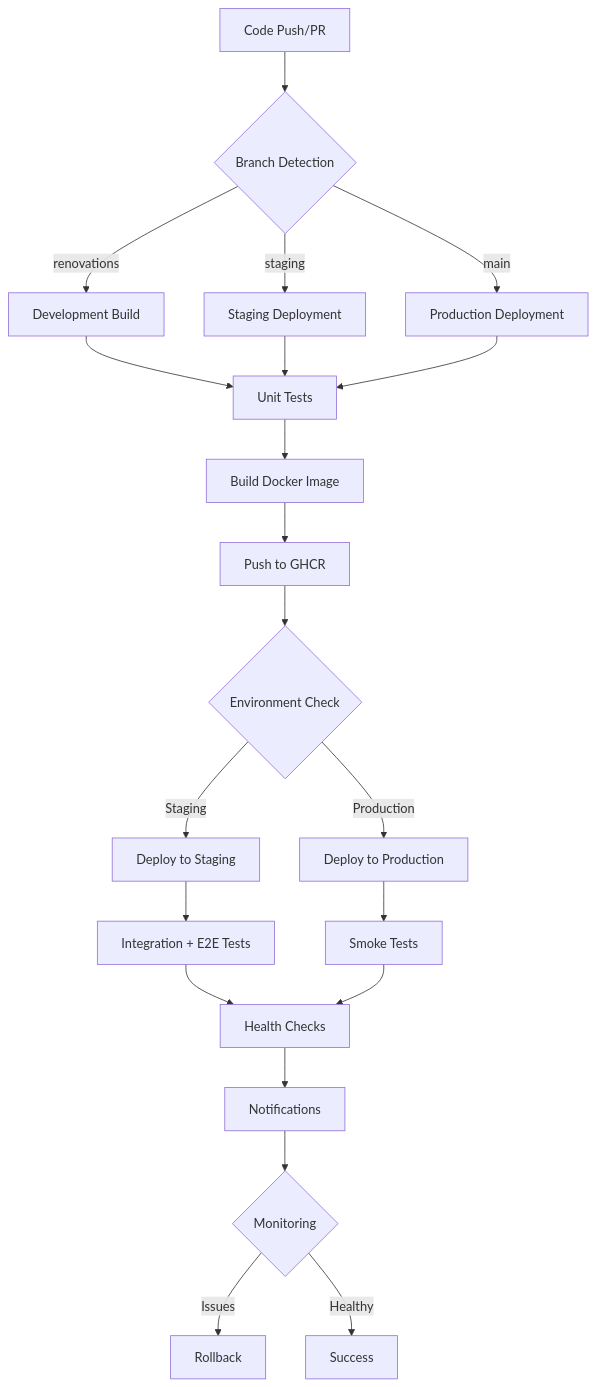
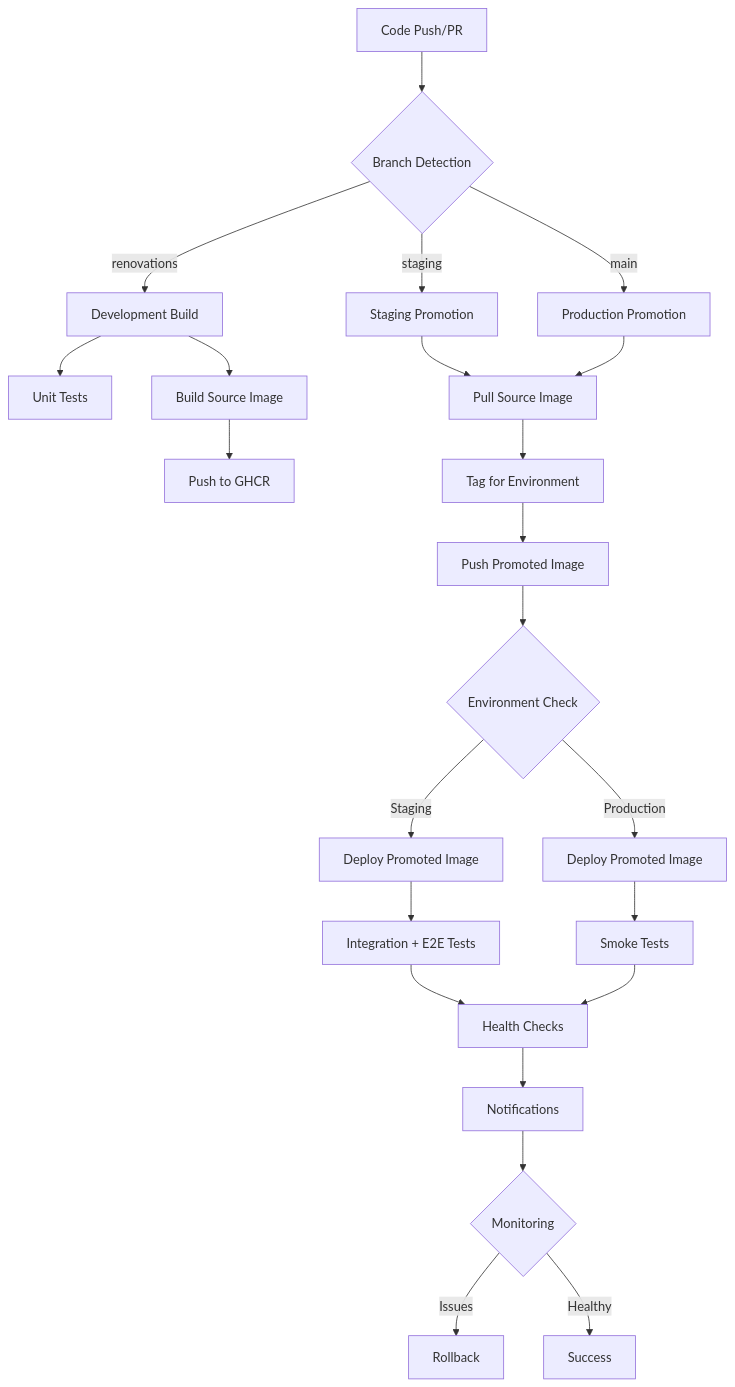
One commit to bxmty/dotca changed the second of 6 diagrams in docs/ci-cd-architecture.md. Above: the diagram before and after it, drawn with Mermaid. The commit also changed other lines of this file, not shown here.

````diff
--- a/docs/ci-cd-architecture.md
+++ b/docs/ci-cd-architecture.md
@@ -200,30 +211,32 @@
 ```mermaid
 graph TD
     A[Code Push/PR] --> B{Branch Detection}
     B -->|renovations| C[Development Build]
-    B -->|staging| D[Staging Deployment]
-    B -->|main| E[Production Deployment]
+    B -->|staging| D[Staging Promotion]
+    B -->|main| E[Production Promotion]
 
     C --> F[Unit Tests]
-    D --> F
-    E --> F
-
-    F --> G[Build Docker Image]
+    C --> G[Build Source Image]
     G --> H[Push to GHCR]
 
-    H --> I{Environment Check}
-    I -->|Staging| J[Deploy to Staging]
-    I -->|Production| K[Deploy to Production]
+    D --> I[Pull Source Image]
+    E --> I
+    I --> J[Tag for Environment]
+    J --> K[Push Promoted Image]
 
-    J --> L[Integration + E2E Tests]
-    K --> M[Smoke Tests]
+    K --> L{Environment Check}
+    L -->|Staging| M[Deploy Promoted Image]
+    L -->|Production| N[Deploy Promoted Image]
 
-    L --> N[Health Checks]
-    M --> N
+    M --> O[Integration + E2E Tests]
+    N --> P[Smoke Tests]
 
-    N --> O[Notifications]
-    O --> P{Monitoring}
+    O --> Q[Health Checks]
+    P --> Q
 
-    P -->|Issues| Q[Rollback]
-    P -->|Healthy| R[Success]
+    Q --> R[Notifications]
+    R --> S{Monitoring}
+
+    S -->|Issues| T[Rollback]
+    S -->|Healthy| U[Success]
 ```
````
